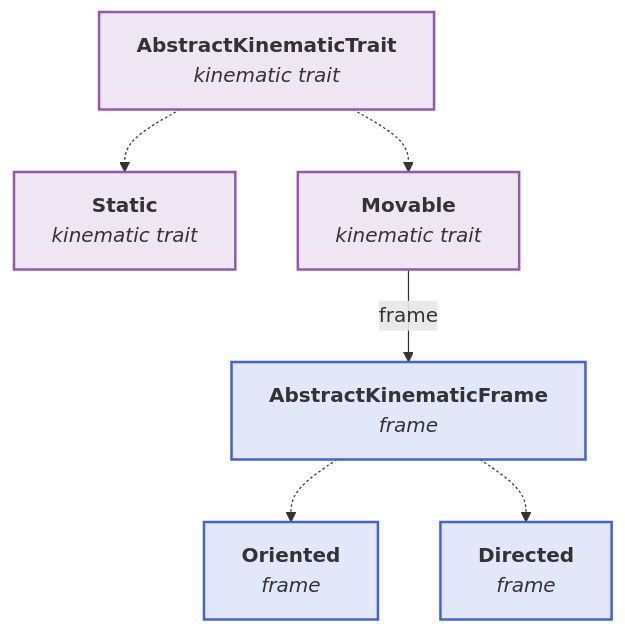
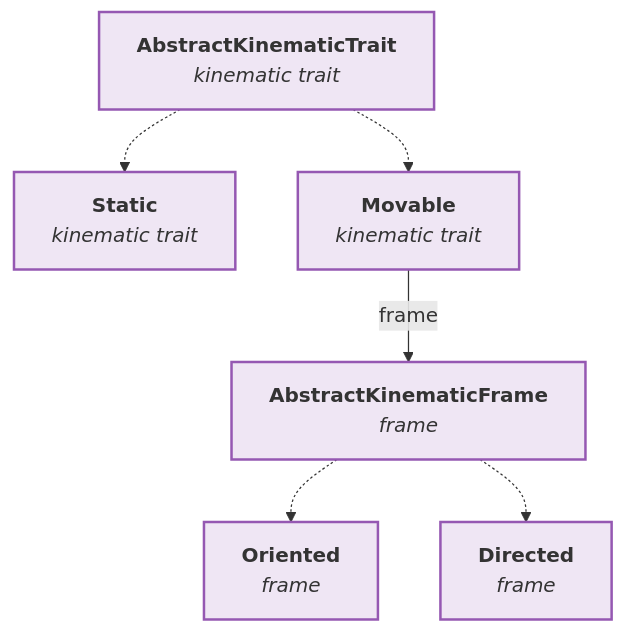
Before and after one commit to JuliaPhysics/BeamletOptics.jl: the diagram in docs/src/api/kinematics_api.md, drawn with Mermaid. The commit also changed 6 other files, not shown here.

````diff
--- a/docs/src/api/kinematics_api.md
+++ b/docs/src/api/kinematics_api.md
@@ -9,20 +9,18 @@
 ```mermaid
 flowchart TB
     TR["<b>AbstractKinematicTrait</b><br/><i>kinematic trait</i>"]
     ST["<b>Static</b><br/><i>kinematic trait</i>"]
     MV["<b>Movable</b><br/><i>kinematic trait</i>"]
     FR["<b>AbstractKinematicFrame</b><br/><i>frame</i>"]
     OR["<b>Oriented</b><br/><i>frame</i>"]
     DI["<b>Directed</b><br/><i>frame</i>"]
 
     TR -.-> ST
     TR -.-> MV
     MV -- frame --> FR
     FR -.-> OR
     FR -.-> DI
 
-    classDef blue fill:#4063D826,stroke:#4063D8,stroke-width:2px
     classDef purple fill:#9558B226,stroke:#9558B2,stroke-width:2px
-    class TR,ST,MV purple
-    class FR,OR,DI blue
+    class TR,ST,MV,FR,OR,DI purple
 ```
````
